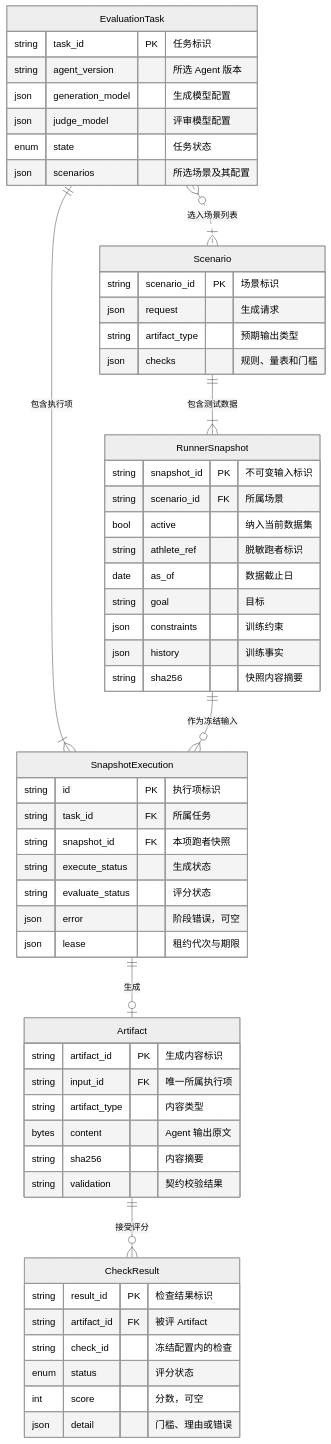
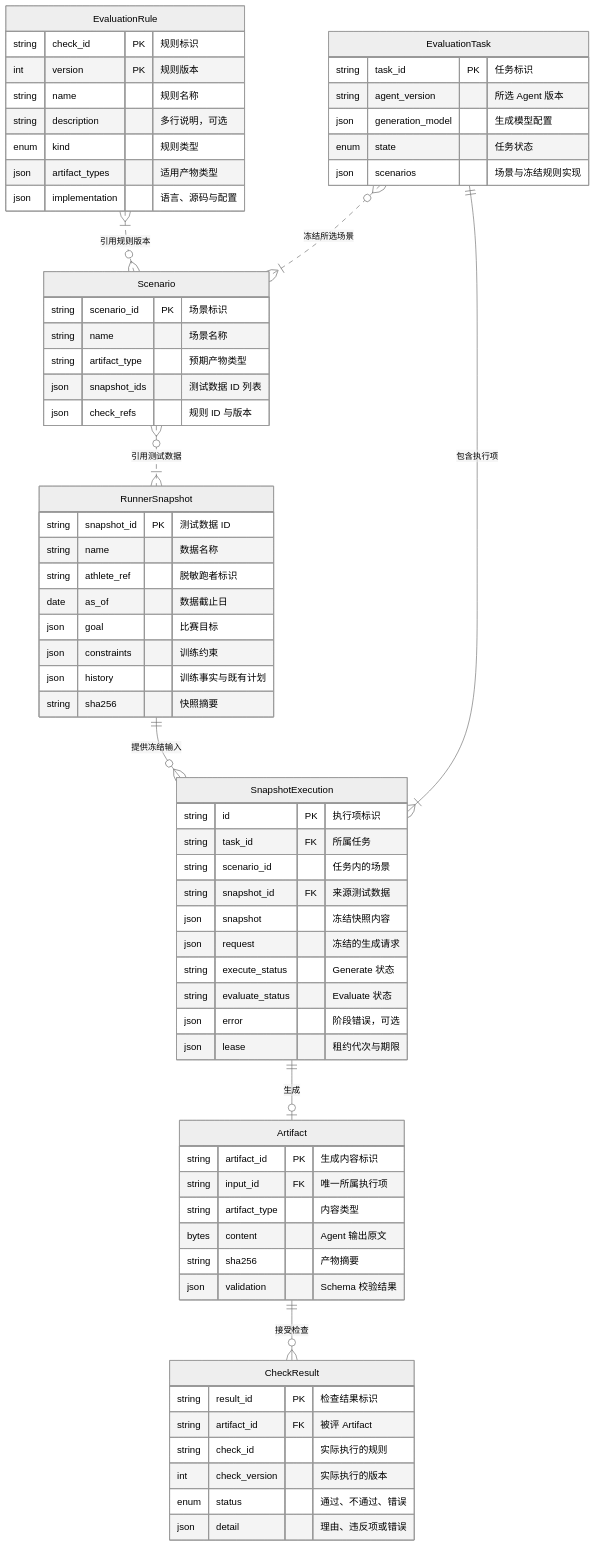
Before and after one commit to zhaochy1990/running: the second of 2 diagrams in docs/superpowers/specs/2026-11-23-offline-plan-eval.md, drawn with Mermaid (neutral theme). The commit also changed other lines of this file and 2 other files, not shown here.

````diff
--- a/docs/superpowers/specs/2026-11-23-offline-plan-eval.md
+++ b/docs/superpowers/specs/2026-11-23-offline-plan-eval.md
@@ -194,59 +175,71 @@
 ```mermaid
 erDiagram
+    EvaluationRule {
+        string check_id PK "规则标识"
+        int version PK "规则版本"
+        string name "规则名称"
+        string description "多行说明，可选"
+        enum kind "规则类型"
+        json artifact_types "适用产物类型"
+        json implementation "语言、源码与配置"
+    }
     Scenario {
         string scenario_id PK "场景标识"
-        json request "生成请求"
-        string artifact_type "预期输出类型"
-        json checks "规则、量表和门槛"
+        string name "场景名称"
+        string artifact_type "预期产物类型"
+        json snapshot_ids "测试数据 ID 列表"
+        json check_refs "规则 ID 与版本"
     }
     RunnerSnapshot {
-        string snapshot_id PK "不可变输入标识"
-        string scenario_id FK "所属场景"
-        bool active "纳入当前数据集"
+        string snapshot_id PK "测试数据 ID"
+        string name "数据名称"
         string athlete_ref "脱敏跑者标识"
         date as_of "数据截止日"
-        string goal "目标"
+        json goal "比赛目标"
         json constraints "训练约束"
-        json history "训练事实"
-        string sha256 "快照内容摘要"
+        json history "训练事实与既有计划"
+        string sha256 "快照摘要"
+    }
+    EvaluationTask {
+        string task_id PK "任务标识"
+        string agent_version "所选 Agent 版本"
+        json generation_model "生成模型配置"
+        enum state "任务状态"
+        json scenarios "场景与冻结规则实现"
+    }
+    SnapshotExecution {
+        string id PK "执行项标识"
+        string task_id FK "所属任务"
+        string scenario_id "任务内的场景"
+        string snapshot_id FK "来源测试数据"
+        json snapshot "冻结快照内容"
+        json request "冻结的生成请求"
+        string execute_status "Generate 状态"
+        string evaluate_status "Evaluate 状态"
+        json error "阶段错误，可选"
+        json lease "租约代次与期限"
     }
     Artifact {
         string artifact_id PK "生成内容标识"
         string input_id FK "唯一所属执行项"
         string artifact_type "内容类型"
         bytes content "Agent 输出原文"
-        string sha256 "内容摘要"
-        string validation "契约校验结果"
-    }
-    SnapshotExecution {
-        string id PK "执行项标识"
-        string task_id FK "所属任务"
-        string snapshot_id FK "本项跑者快照"
-        string execute_status "生成状态"
-        string evaluate_status "评分状态"
-        json error "阶段错误，可空"
-        json lease "租约代次与期限"
-    }
-    EvaluationTask {
-        string task_id PK "任务标识"
-        string agent_version "所选 Agent 版本"
-        json generation_model "生成模型配置"
-        json judge_model "评审模型配置"
-        enum state "任务状态"
-        json scenarios "所选场景及其配置"
+        string sha256 "产物摘要"
+        json validation "Schema 校验结果"
     }
     CheckResult {
         string result_id PK "检查结果标识"
         string artifact_id FK "被评 Artifact"
-        string check_id "冻结配置内的检查"
-        enum status "评分状态"
-        int score "分数，可空"
-        json detail "门槛、理由或错误"
+        string check_id "实际执行的规则"
+        int check_version "实际执行的版本"
+        enum status "通过、不通过、错误"
+        json detail "理由、违反项或错误"
     }
-    EvaluationTask }o..|{ Scenario : "选入场景列表"
+    EvaluationRule }|..o{ Scenario : "引用规则版本"
+    Scenario }o..|{ RunnerSnapshot : "引用测试数据"
+    EvaluationTask }o..|{ Scenario : "冻结所选场景"
     EvaluationTask ||--|{ SnapshotExecution : "包含执行项"
-    RunnerSnapshot ||--o{ SnapshotExecution : "作为冻结输入"
+    RunnerSnapshot ||--o{ SnapshotExecution : "提供冻结输入"
     SnapshotExecution ||--o| Artifact : "生成"
-    Artifact ||--o{ CheckResult : "接受评分"
-    Scenario ||--|{ RunnerSnapshot : "包含测试数据"
+    Artifact ||--o{ CheckResult : "接受检查"
 ```
````
